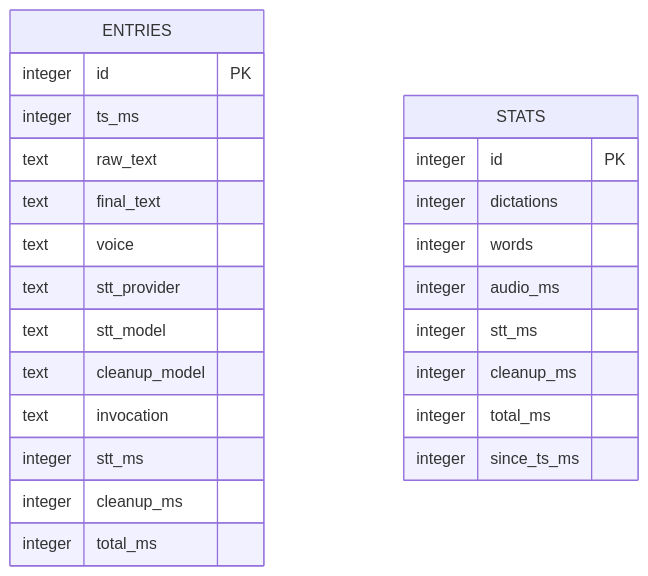
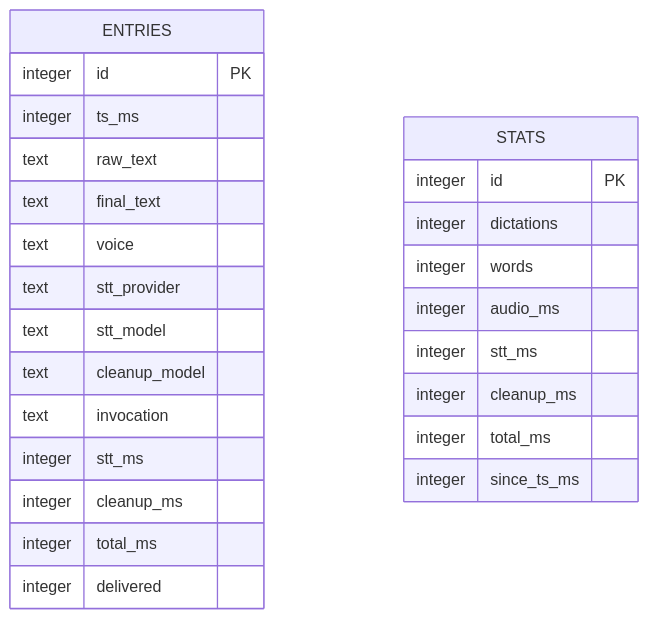
The diagram in Docs/core/DATA_STORAGE.md (BoardPandas/Hark), drawn with Mermaid before and after one commit. The commit also changed other lines of this file and 123 other files, not shown here.

````diff
--- a/Docs/core/DATA_STORAGE.md
+++ b/Docs/core/DATA_STORAGE.md
@@ -85,27 +90,28 @@
 ```mermaid
 erDiagram
     ENTRIES {
         integer id PK
         integer ts_ms
         text raw_text
         text final_text
         text voice
         text stt_provider
         text stt_model
         text cleanup_model
         text invocation
         integer stt_ms
         integer cleanup_ms
         integer total_ms
+        integer delivered
     }
     STATS {
         integer id PK
         integer dictations
         integer words
         integer audio_ms
         integer stt_ms
         integer cleanup_ms
         integer total_ms
         integer since_ts_ms
     }
 ```
````
